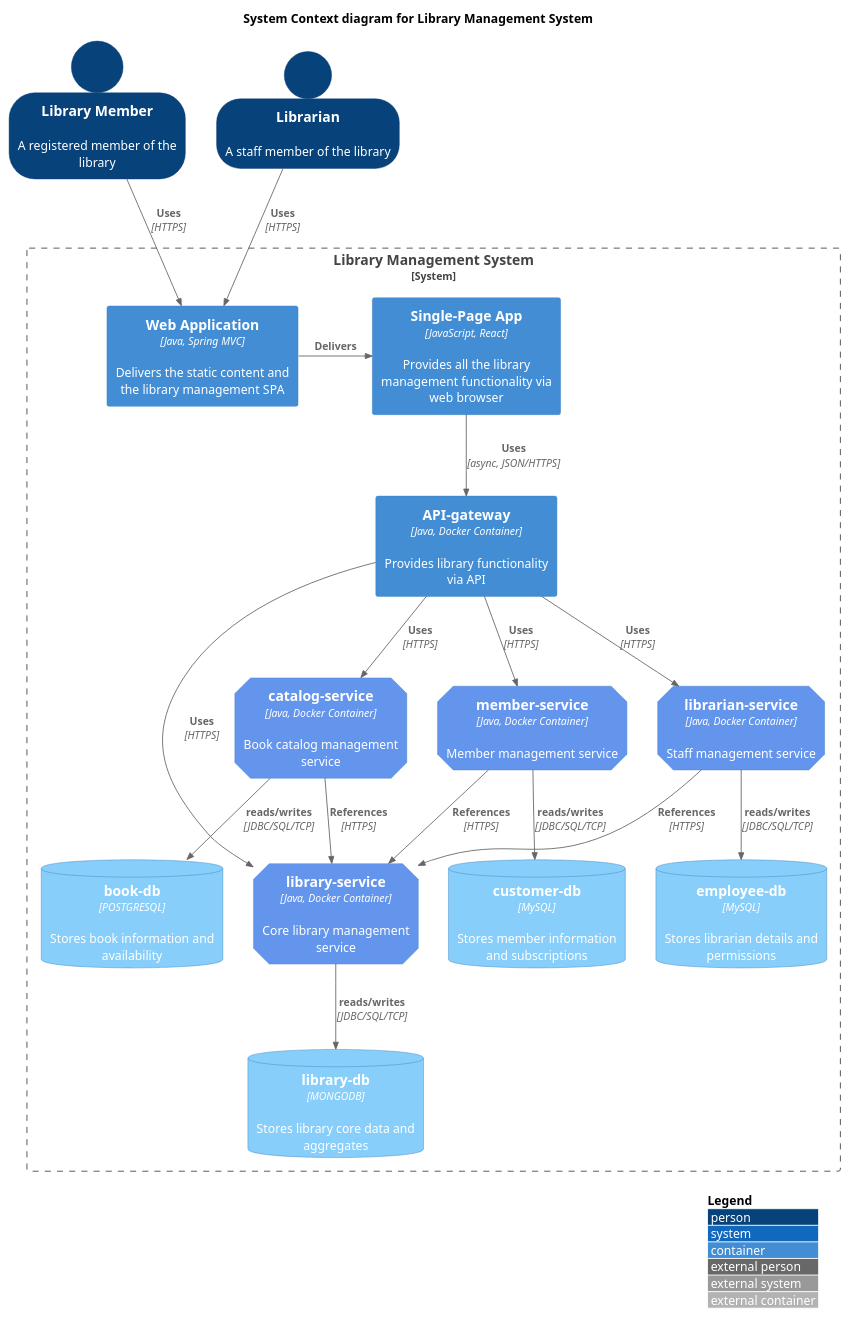
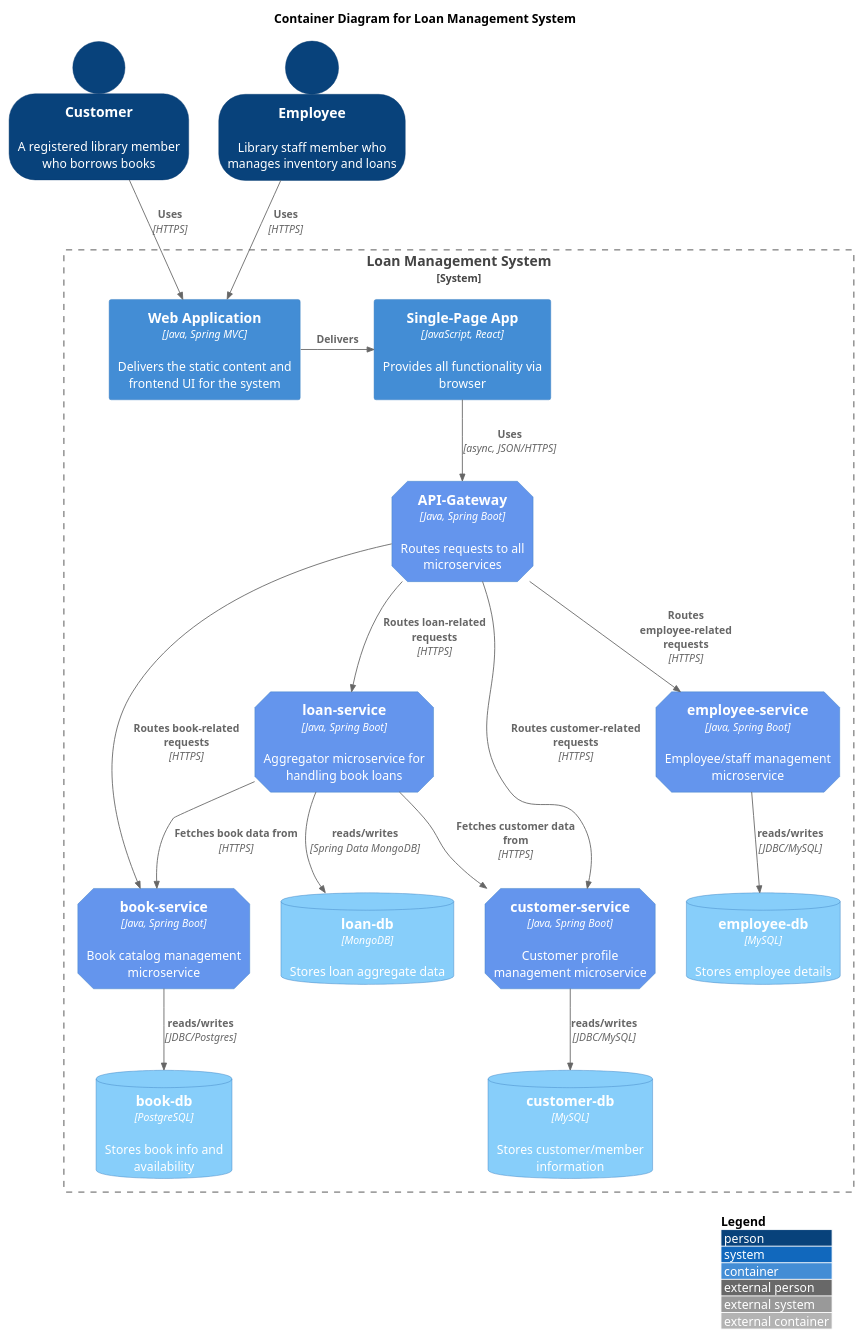
Before and after one commit to 2333476/LibraryManagementSystem: the diagram in diagram/L2.puml, drawn with PlantUML. The commit also changed 97 other files, not shown here.

Commit message:
chore: initial commit for LibraryManagementSystem

```diff
--- a/diagram/L2.puml
+++ b/diagram/L2.puml
@@ -1,50 +1,53 @@
 @startuml
 !include https://raw.githubusercontent.com/plantuml-stdlib/C4-PlantUML/master/C4_Container.puml
 
 LAYOUT_WITH_LEGEND()
 AddElementTag("microService", $shape=EightSidedShape(), $bgColor="CornflowerBlue", $fontColor="white", $legendText="micro service\neight sided")
 AddElementTag("storage", $shape=RoundedBoxShape(), $bgColor="lightSkyBlue", $fontColor="white")
 
 SHOW_PERSON_OUTLINE()
 
-title System Context diagram for Library Management System
+title Container Diagram for Loan Management System
 
-Person(member, "Library Member", "A registered member of the library")
-Person(librarian, "Librarian", "A staff member of the library")
+Person(customer, "Customer", "A registered library member who borrows books")
+Person(employee, "Employee", "Library staff member who manages inventory and loans")
 
-System_Boundary(c1, "Library Management System") {
-    Container(web_app, "Web Application", "Java, Spring MVC", "Delivers the static content and the library management SPA")
-    Container(spa, "Single-Page App", "JavaScript, React", "Provides all the library management functionality via web browser")
-    Container(api_gateway, "API-gateway", "Java, Docker Container", "Provides library functionality via API")
-    Container(library_service, "library-service", "Java, Docker Container", "Core library management service", $tags = "microService")
-    Container(catalog_service, "catalog-service", "Java, Docker Container", "Book catalog management service", $tags = "microService")
-    Container(member_service, "member-service", "Java, Docker Container", "Member management service", $tags = "microService")
-    Container(staff_service, "librarian-service", "Java, Docker Container", "Staff management service", $tags = "microService")
+System_Boundary(c1, "Loan Management System") {
+    Container(web_app, "Web Application", "Java, Spring MVC", "Delivers the static content and frontend UI for the system")
+    Container(spa, "Single-Page App", "JavaScript, React", "Provides all functionality via browser")
+    Container(api_gateway, "API-Gateway", "Java, Spring Boot", "Routes requests to all microservices", $tags = "microService")
 
-    ContainerDb(library_db, "library-db", "MONGODB", "Stores library core data and aggregates", $tags = "storage")
-    ContainerDb(catalog_db, "book-db", "POSTGRESQL", "Stores book information and availability", $tags = "storage")
-    ContainerDb(member_db, "customer-db", "MySQL", "Stores member information and subscriptions", $tags = "storage")
-    ContainerDb(staff_db, "employee-db", "MySQL", "Stores librarian details and permissions", $tags = "storage")
+    Container(loan_service, "loan-service", "Java, Spring Boot", "Aggregator microservice for handling book loans", $tags = "microService")
+    Container(catalog_service, "book-service", "Java, Spring Boot", "Book catalog management microservice", $tags = "microService")
+    Container(customer_service, "customer-service", "Java, Spring Boot", "Customer profile management microservice", $tags = "microService")
+    Container(employee_service, "employee-service", "Java, Spring Boot", "Employee/staff management microservice", $tags = "microService")
+
+    ContainerDb(loan_db, "loan-db", "MongoDB", "Stores loan aggregate data", $tags = "storage")
+    ContainerDb(catalog_db, "book-db", "PostgreSQL", "Stores book info and availability", $tags = "storage")
+    ContainerDb(customer_db, "customer-db", "MySQL", "Stores customer/member information", $tags = "storage")
+    ContainerDb(employee_db, "employee-db", "MySQL", "Stores employee details", $tags = "storage")
 }
 
+' UI relationships
 Rel_Neighbor(web_app, spa, "Delivers")
+Rel(customer, web_app, "Uses", "HTTPS")
+Rel(employee, web_app, "Uses", "HTTPS")
 Rel(spa, api_gateway, "Uses", "async, JSON/HTTPS")
 
-Rel(member, web_app, "Uses", "HTTPS")
-Rel(librarian, web_app, "Uses", "HTTPS")
+' Gateway routes to services
+Rel(api_gateway, loan_service, "Routes loan-related requests", "HTTPS")
+Rel(api_gateway, catalog_service, "Routes book-related requests", "HTTPS")
+Rel(api_gateway, customer_service, "Routes customer-related requests", "HTTPS")
+Rel(api_gateway, employee_service, "Routes employee-related requests", "HTTPS")
 
-Rel(api_gateway, library_service, "Uses", "HTTPS")
-Rel(api_gateway, catalog_service, "Uses", "HTTPS")
-Rel(api_gateway, member_service, "Uses", "HTTPS")
-Rel(api_gateway, staff_service, "Uses", "HTTPS")
+' Aggregator dependencies
+Rel(loan_service, catalog_service, "Fetches book data from", "HTTPS")
+Rel(loan_service, customer_service, "Fetches customer data from", "HTTPS")
 
-Rel(catalog_service, library_service, "References", "HTTPS")
-Rel(member_service, library_service, "References", "HTTPS")
-Rel(staff_service, library_service, "References", "HTTPS")
-
-Rel_D(library_service, library_db, "reads/writes", "JDBC/SQL/TCP")
-Rel_D(catalog_service, catalog_db, "reads/writes", "JDBC/SQL/TCP")
-Rel_D(member_service, member_db, "reads/writes", "JDBC/SQL/TCP")
-Rel_D(staff_service, staff_db, "reads/writes", "JDBC/SQL/TCP")
+' DB connections
+Rel_D(loan_service, loan_db, "reads/writes", "Spring Data MongoDB")
+Rel_D(catalog_service, catalog_db, "reads/writes", "JDBC/Postgres")
+Rel_D(customer_service, customer_db, "reads/writes", "JDBC/MySQL")
+Rel_D(employee_service, employee_db, "reads/writes", "JDBC/MySQL")
 
 @enduml
```
